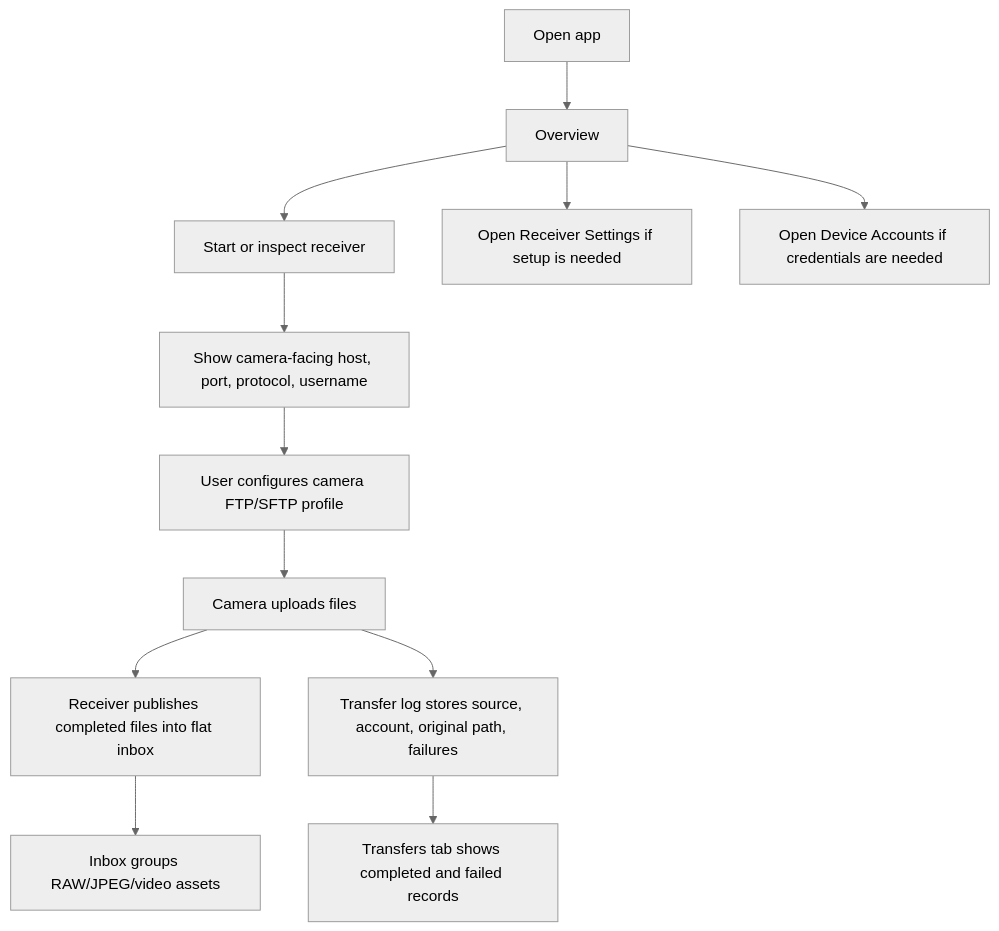
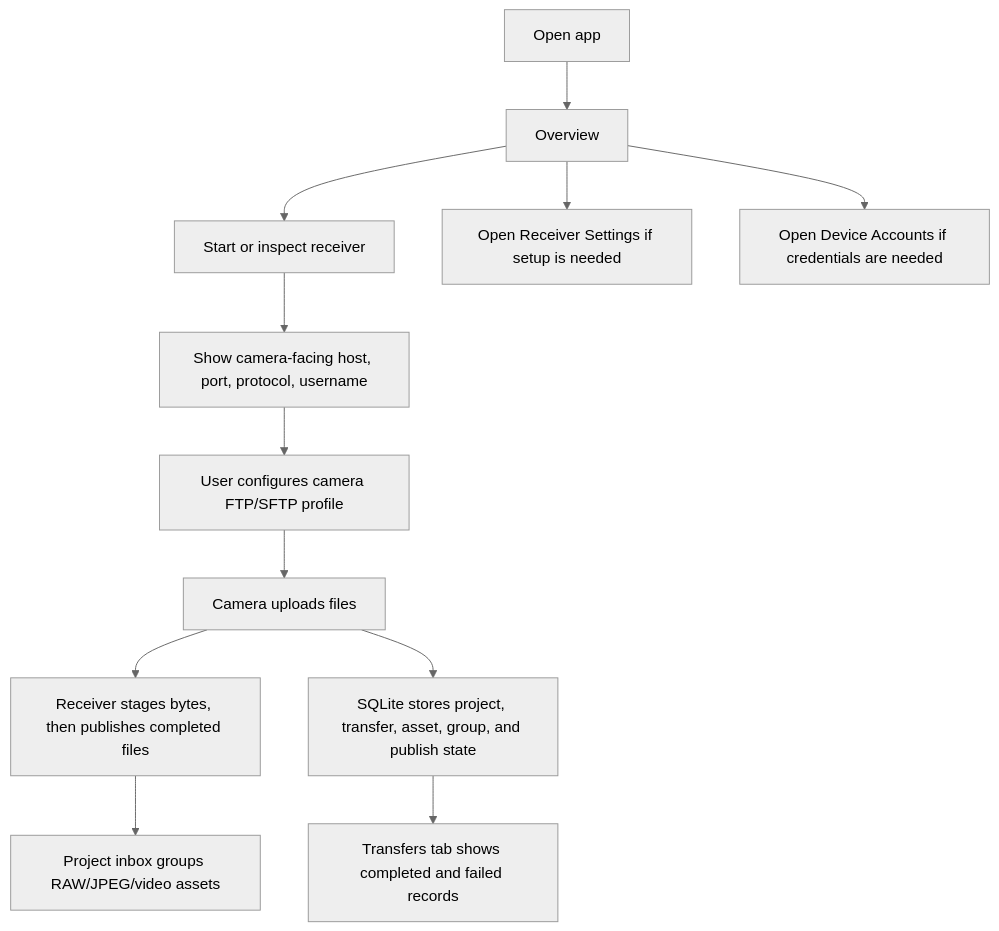
One commit to CrazyNB/camera_connector changed the diagram in docs/product/prototype-spec.md. Above: the diagram before and after it, drawn with Mermaid (neutral theme). The commit also changed other lines of this file and 5 other files, not shown here.

````diff
--- a/docs/product/prototype-spec.md
+++ b/docs/product/prototype-spec.md
@@ -30,14 +30,14 @@
 ```mermaid
 flowchart TD
   A["Open app"] --> B["Overview"]
   B --> C["Start or inspect receiver"]
   B --> D["Open Receiver Settings if setup is needed"]
   B --> E["Open Device Accounts if credentials are needed"]
   C --> F["Show camera-facing host, port, protocol, username"]
   F --> G["User configures camera FTP/SFTP profile"]
   G --> H["Camera uploads files"]
-  H --> I["Receiver publishes completed files into flat inbox"]
-  H --> J["Transfer log stores source, account, original path, failures"]
-  I --> K["Inbox groups RAW/JPEG/video assets"]
+  H --> I["Receiver stages bytes, then publishes completed files"]
+  H --> J["SQLite stores project, transfer, asset, group, and publish state"]
+  I --> K["Project inbox groups RAW/JPEG/video assets"]
   J --> L["Transfers tab shows completed and failed records"]
 ```
````
